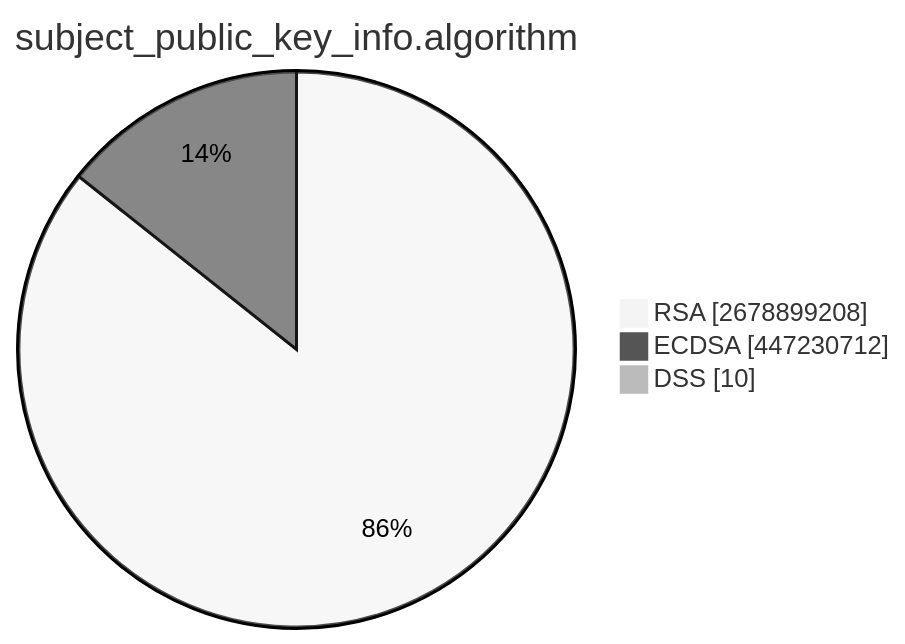
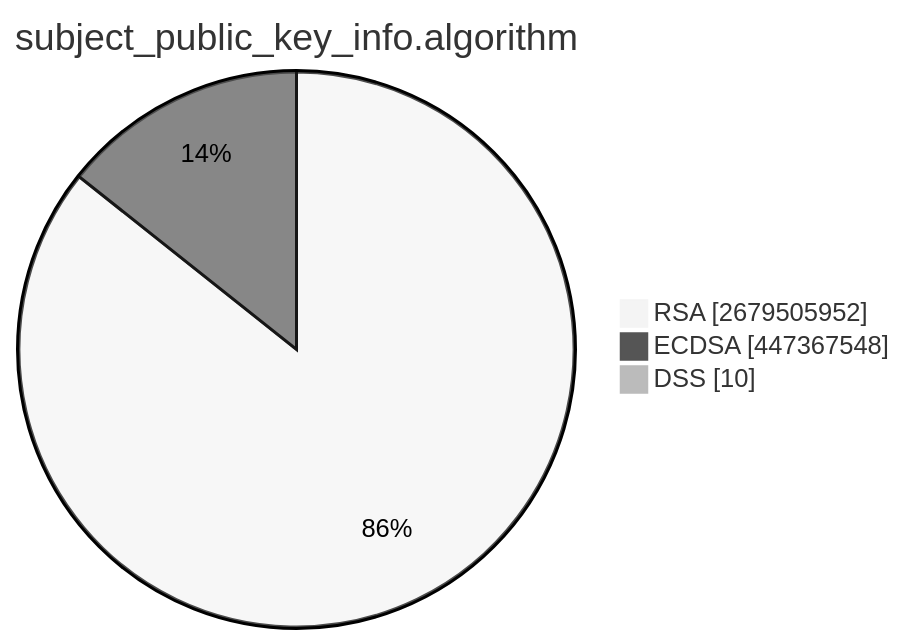
The second of 15 diagrams in TOTAL/README.md (christiankrug/ctmonitor_visualization), drawn with Mermaid (neutral theme) before and after one commit. The commit also changed other lines of this file, not shown here.

````diff
--- a/TOTAL/README.md
+++ b/TOTAL/README.md
@@ -6,7 +6,7 @@
 ```mermaid
 pie showData
 title subject_public_key_info.algorithm
-"RSA" :2678899208
-"ECDSA" :447230712
+"RSA" :2679505952
+"ECDSA" :447367548
 "DSS" :10
 ```
````
